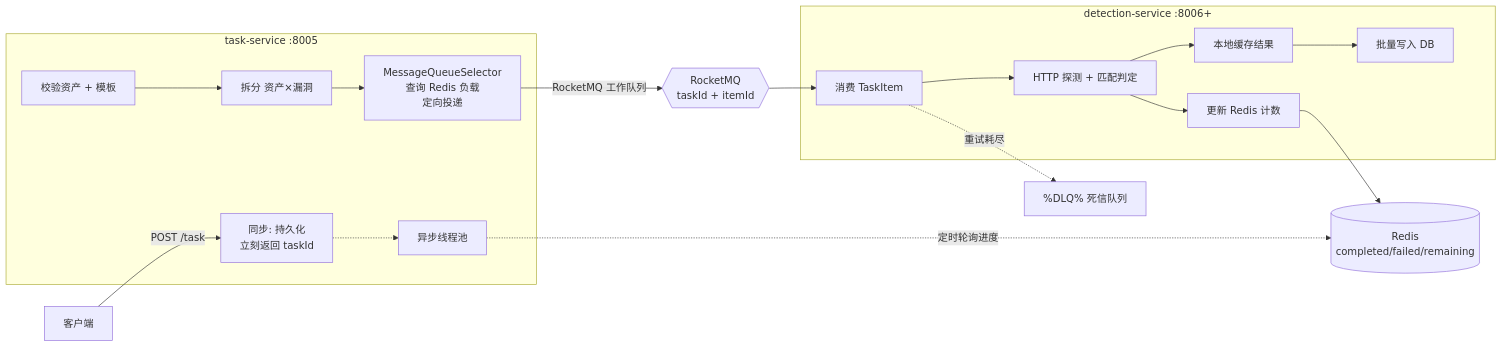
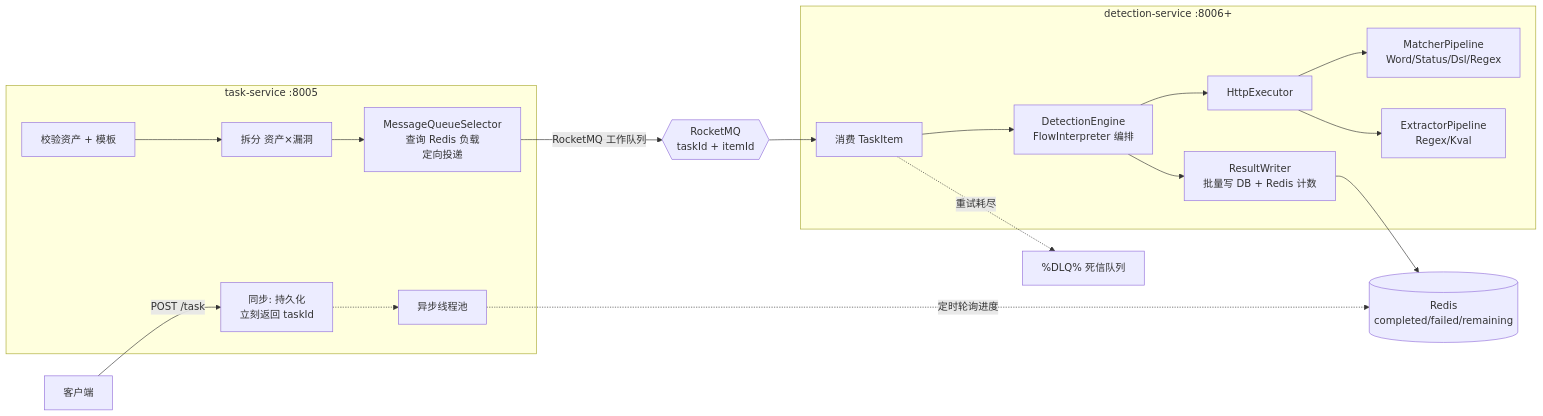
One commit to spojchil/hawkeye-cloud changed the fourth of 4 diagrams in docs/架构设计.md. Above: the diagram before and after it, drawn with Mermaid. The commit also changed other lines of this file and 191 other files, not shown here.

````diff
--- a/docs/架构设计.md
+++ b/docs/架构设计.md
@@ -161,33 +130,36 @@
 ```mermaid
 graph LR
     Client[客户端] -->|POST /task| TaskAPI
 
     subgraph Task ["task-service :8005"]
         TaskAPI[同步: 持久化<br/>立刻返回 taskId]
         TaskAPI -.-> ThreadPool[异步线程池]
         Validate[校验资产 + 模板]
         Split[拆分 资产×漏洞]
         Selector[MessageQueueSelector<br/>查询 Redis 负载<br/>定向投递]
         Validate --> Split --> Selector
     end
 
     Selector -->|RocketMQ 工作队列| RMQ{{RocketMQ<br/>taskId + itemId}}
 
     subgraph Detection ["detection-service :8006+"]
         Consumer[消费 TaskItem]
-        Probe[HTTP 探测 + 匹配判定]
-        Cache[本地缓存结果]
-        Batch[批量写入 DB]
-        Count[更新 Redis 计数]
-        Consumer --> Probe
-        Probe --> Cache --> Batch
-        Probe --> Count
+        Engine[DetectionEngine<br/>FlowInterpreter 编排]
+        Http[HttpExecutor]
+        Match[MatcherPipeline<br/>Word/Status/Dsl/Regex]
+        Extract[ExtractorPipeline<br/>Regex/Kval]
+        Writer[ResultWriter<br/>批量写 DB + Redis 计数]
+        Consumer --> Engine
+        Engine --> Http
+        Http --> Match
+        Http --> Extract
+        Engine --> Writer
     end
 
     RMQ --> Consumer
-
-    Count --> Redis[(Redis<br/>completed/failed/remaining)]
+    
+    Writer --> Redis[(Redis<br/>completed/failed/remaining)]
     ThreadPool -.->|定时轮询进度| Redis
 
     Consumer -.->|重试耗尽| DLQ[%DLQ% 死信队列]
 ```
````
